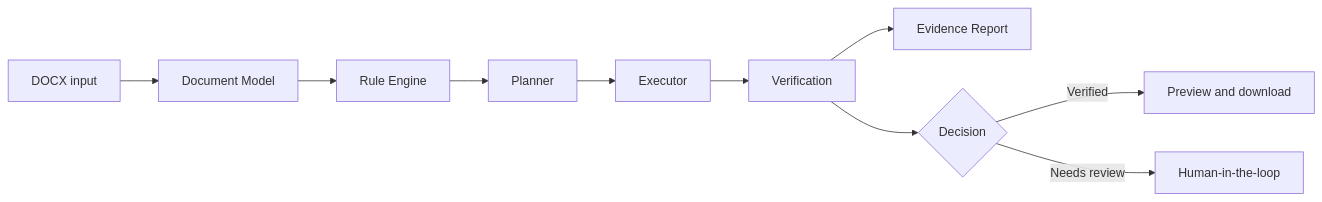
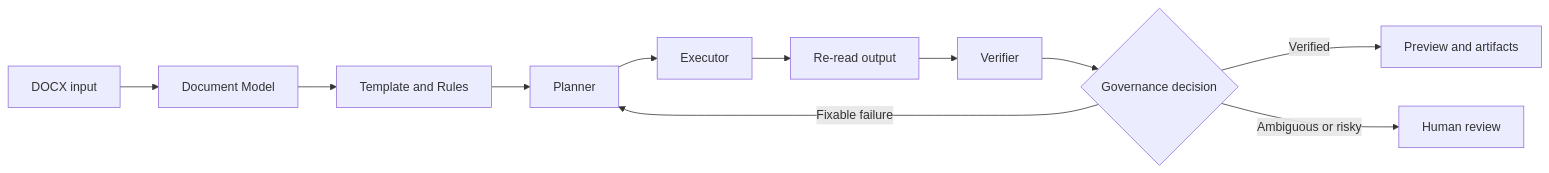
One commit to qinpei-dev/PaperForge changed the first of 2 diagrams in README.md. Above: the diagram before and after it, drawn with Mermaid. The commit also changed other lines of this file, not shown here.

````diff
--- a/README.md
+++ b/README.md
@@ -59,12 +65,13 @@
 ```mermaid
 flowchart LR
     A[DOCX input] --> B[Document Model]
-    B --> C[Rule Engine]
+    B --> C[Template and Rules]
     C --> D[Planner]
     D --> E[Executor]
-    E --> F[Verification]
-    F --> G[Evidence Report]
-    F --> H{Decision}
-    H -->|Verified| I[Preview and download]
-    H -->|Needs review| J[Human-in-the-loop]
+    E --> F[Re-read output]
+    F --> G[Verifier]
+    G --> H{Governance decision}
+    H -->|Verified| I[Preview and artifacts]
+    H -->|Ambiguous or risky| J[Human review]
+    H -->|Fixable failure| D
 ```
````
